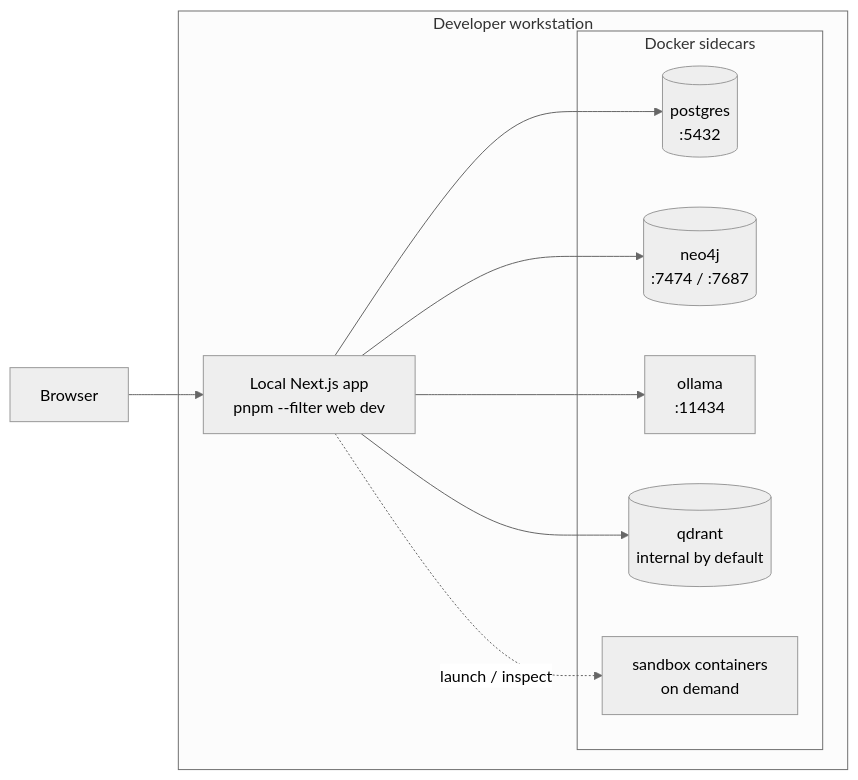
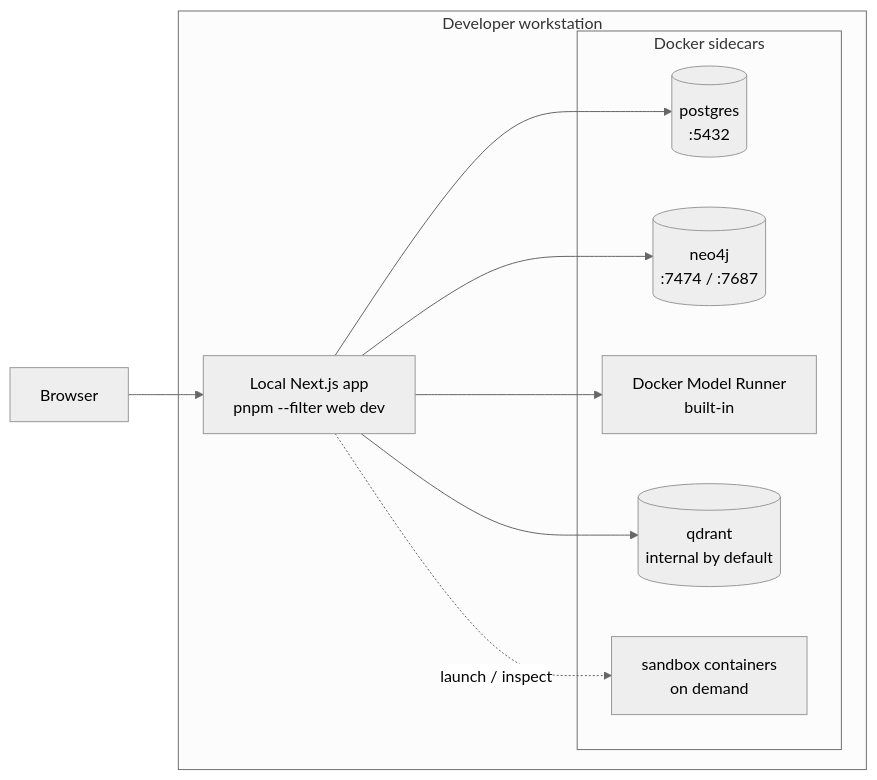
Before and after one commit to OpenDigitalProductFactory/opendigitalproductfactory: the second of 3 diagrams in docs/architecture/platform-overview.md, drawn with Mermaid (neutral theme). The commit also changed other lines of this file and 4 other files, not shown here.

````diff
--- a/docs/architecture/platform-overview.md
+++ b/docs/architecture/platform-overview.md
@@ -92,23 +94,23 @@
 ```mermaid
 flowchart LR
     browser[Browser]
 
     subgraph workstation["Developer workstation"]
         localapp[Local Next.js app<br/>pnpm --filter web dev]
 
         subgraph docker["Docker sidecars"]
             postgres[(postgres<br/>:5432)]
             neo4j[(neo4j<br/>:7474 / :7687)]
-            ollama[ollama<br/>:11434]
+            modelrunner[Docker Model Runner<br/>built-in]
             qdrant[(qdrant<br/>internal by default)]
             sandbox[sandbox containers<br/>on demand]
         end
     end
 
     browser --> localapp
     localapp --> postgres
     localapp --> neo4j
-    localapp --> ollama
+    localapp --> modelrunner
     localapp --> qdrant
     localapp -. launch / inspect .-> sandbox
 ```
````
